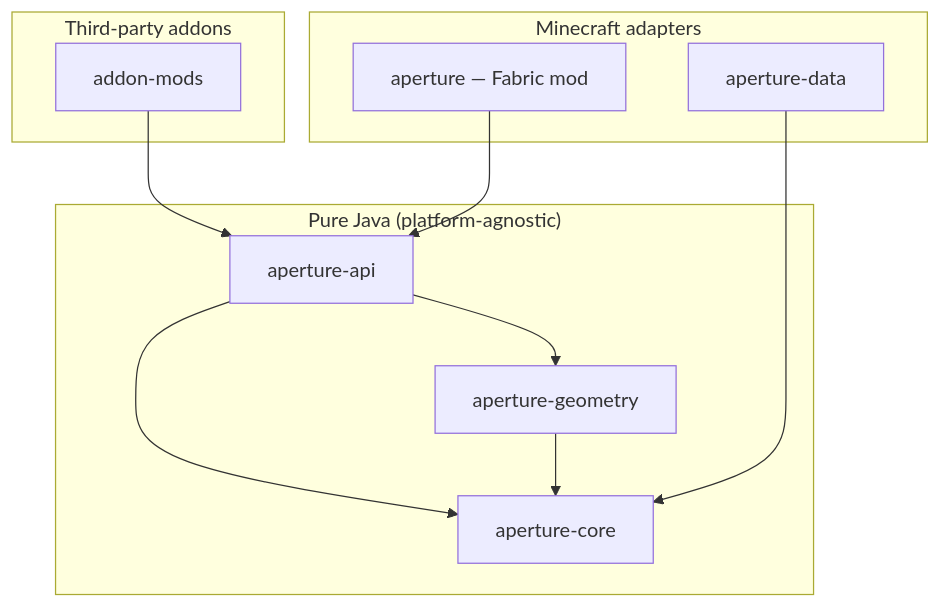
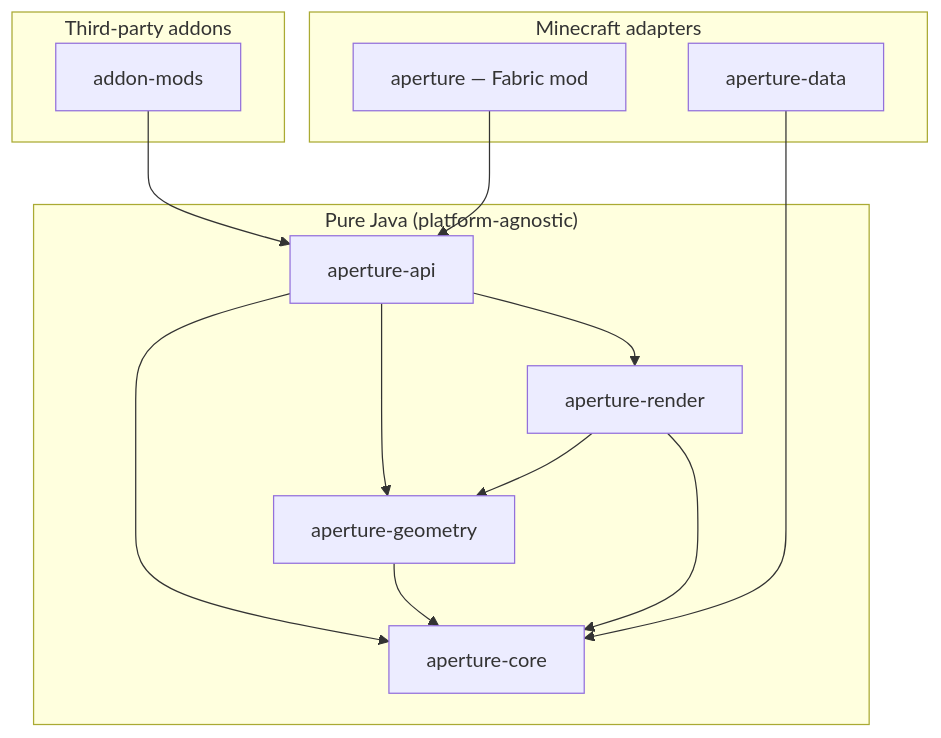
One commit to Theopote/aperture changed the diagram in docs/architecture/03-module-architecture.md. Above: the diagram before and after it, drawn with Mermaid. The commit also changed other lines of this file and 42 other files, not shown here.

````diff
--- a/docs/architecture/03-module-architecture.md
+++ b/docs/architecture/03-module-architecture.md
@@ -5,24 +5,28 @@
 ```mermaid
 flowchart TB
     subgraph PureJava["Pure Java (platform-agnostic)"]
         CORE[aperture-core]
         GEO[aperture-geometry]
+        RENDER[aperture-render]
         API[aperture-api]
     end
 
     subgraph Minecraft["Minecraft adapters"]
         ROOT[aperture — Fabric mod]
         DATA[aperture-data]
     end
 
     subgraph Extensions["Third-party addons"]
         ADDON[addon-mods]
     end
 
     GEO --> CORE
+    RENDER --> GEO
+    RENDER --> CORE
     API --> CORE
     API --> GEO
+    API --> RENDER
     ROOT --> API
     DATA --> CORE
     ADDON --> API
 ```
````
